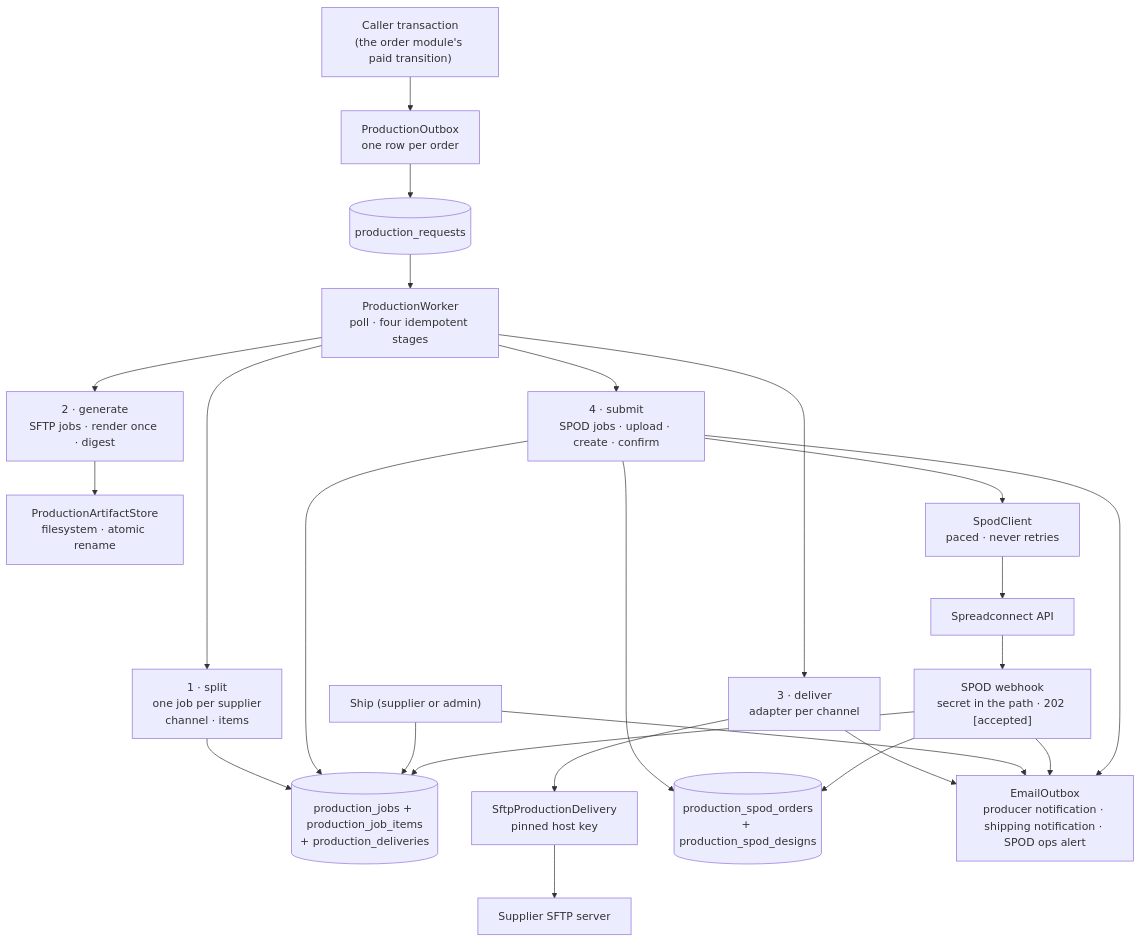
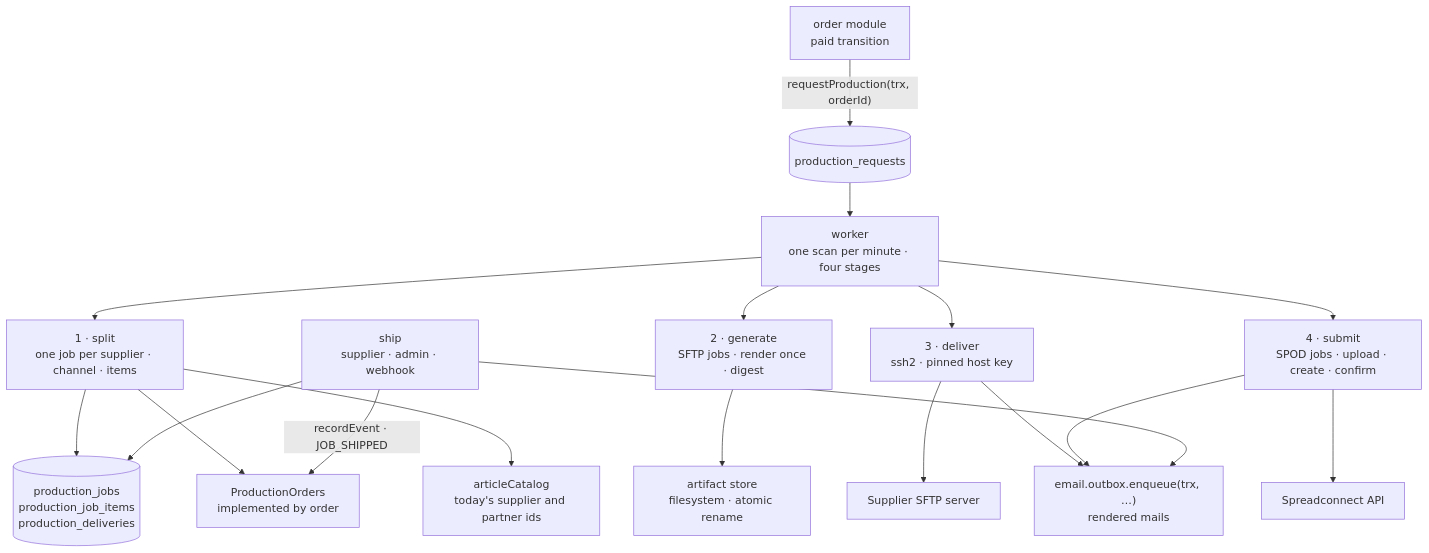
Before and after one commit to bitstorm-tech/voenix-shop-kotlin: the diagram in docs/dev/backend/packages/production-package.md, drawn with Mermaid. The commit also changed other lines of this file and 1061 other files, not shown here.

````diff
--- a/docs/dev/backend/packages/production-package.md
+++ b/docs/dev/backend/packages/production-package.md
@@ -109,37 +62,31 @@
 ```mermaid
 flowchart TB
-    Caller["Caller transaction<br/>(the order module's paid transition)"]
-    Outbox["ProductionOutbox<br/>one row per order"]
+    Paid["order module<br/>paid transition"]
     Requests[("production_requests")]
-    Worker["ProductionWorker<br/>poll · four idempotent stages"]
-    Split["1 · split<br/>one job per supplier<br/>channel · items"]
-    Jobs[("production_jobs + production_job_items<br/>+ production_deliveries")]
+    Worker["worker<br/>one scan per minute · four stages"]
+    Split["1 · split<br/>one job per supplier · channel · items"]
+    Jobs[("production_jobs<br/>production_job_items<br/>production_deliveries")]
     Generate["2 · generate<br/>SFTP jobs · render once · digest"]
-    Store["ProductionArtifactStore<br/>filesystem · atomic rename"]
-    Deliver["3 · deliver<br/>adapter per channel"]
-    Sftp["SftpProductionDelivery<br/>pinned host key"]
+    Store["artifact store<br/>filesystem · atomic rename"]
+    Deliver["3 · deliver<br/>ssh2 · pinned host key"]
     Server["Supplier SFTP server"]
     Submit["4 · submit<br/>SPOD jobs · upload · create · confirm"]
-    SpodTables[("production_spod_orders<br/>+ production_spod_designs")]
-    Spod["SpodClient<br/>paced · never retries"]
     Partner["Spreadconnect API"]
-    Email["EmailOutbox<br/>producer notification · shipping notification · SPOD ops alert"]
-    Ship["Ship (supplier or admin)"]
-    Webhook["SPOD webhook<br/>secret in the path · 202 [accepted]"]
+    Outbox["email.outbox.enqueue(trx, …)<br/>rendered mails"]
+    Ship["ship<br/>supplier · admin · webhook"]
+    Orders["ProductionOrders<br/>implemented by order"]
+    Catalog["articleCatalog<br/>today's supplier and partner ids"]
 
-    Caller --> Outbox --> Requests --> Worker
+    Paid -->|"requestProduction(trx, orderId)"| Requests --> Worker
     Worker --> Split --> Jobs
     Worker --> Generate --> Store
-    Worker --> Deliver --> Sftp --> Server
-    Worker --> Submit --> Spod --> Partner
-    Submit --> SpodTables
-    Submit --> Jobs
-    Deliver --> Email
+    Worker --> Deliver --> Server
+    Worker --> Submit --> Partner
+    Split --> Orders
+    Split --> Catalog
+    Deliver --> Outbox
+    Submit --> Outbox
     Ship --> Jobs
-    Ship --> Email
-    Partner --> Webhook
-    Webhook --> Jobs
-    Webhook --> SpodTables
-    Webhook --> Email
-    Submit --> Email
+    Ship --> Outbox
+    Ship -->|"recordEvent · JOB_SHIPPED"| Orders
 ```
````
